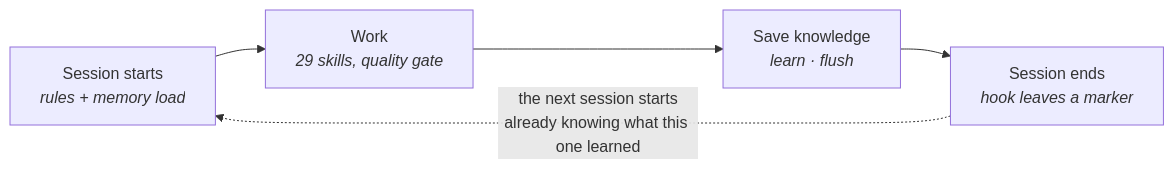
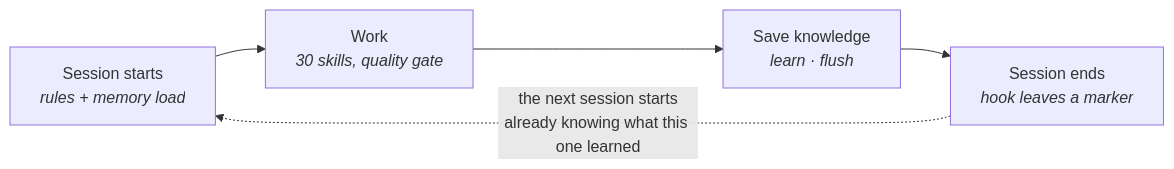
Before and after one commit to selawood-web/claude-code-generic-guide: the first of 4 diagrams in SYSTEM-OVERVIEW.md, drawn with Mermaid. The commit also changed other lines of this file and 22 other files, not shown here.

````diff
--- a/SYSTEM-OVERVIEW.md
+++ b/SYSTEM-OVERVIEW.md
@@ -36,7 +36,7 @@
 ```mermaid
 flowchart LR
-    A["Session starts<br/><i>rules + memory load</i>"] --> B["Work<br/><i>29 skills, quality gate</i>"]
+    A["Session starts<br/><i>rules + memory load</i>"] --> B["Work<br/><i>30 skills, quality gate</i>"]
     B --> C["Save knowledge<br/><i>learn · flush</i>"]
     C --> D["Session ends<br/><i>hook leaves a marker</i>"]
     D -. "the next session starts<br/>already knowing what this one learned" .-> A
 ```
````
